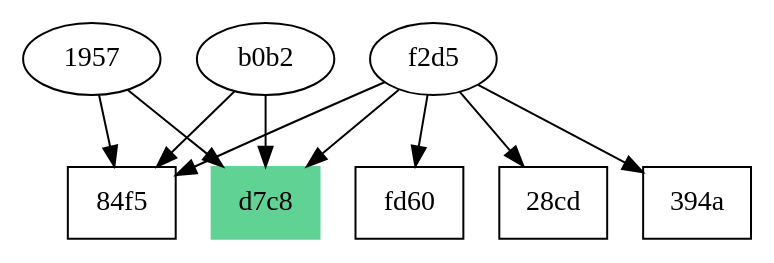
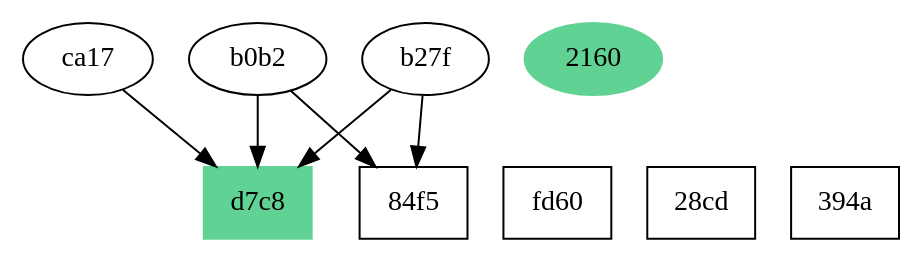
Before and after one commit to Suhail270/IPL-Data-Analysis: the diagram in DataAnalysis/also_likes_graph.dot, drawn with Graphviz. The commit also changed 4 other files, not shown here.

```diff
--- a/DataAnalysis/also_likes_graph.dot
+++ b/DataAnalysis/also_likes_graph.dot
@@ -1,41 +1,47 @@
 digraph {
-	"8b82e1a60343f2d5" -> doc
-	"8b82e1a60343f2d5" -> "130428213605-d16c4651f56248559b242f75ad4884f5"
-	"8b82e1a60343f2d5" -> "131204101549-619a95597b702aed1369d851c891fd60"
-	"8b82e1a60343f2d5" -> "130901012449-98b43cc6fd8e4d1ccbcac441b9fb28cd"
-	"8b82e1a60343f2d5" -> "130609171715-7c9c218afa6cb11f91babc13f6c8394a"
+	"042245bc06ccca17" -> doc
 	{
 		rank=same
-		doc [label=d7c8 color="#60d394" shape=box style=filled]
-		"130428213605-d16c4651f56248559b242f75ad4884f5" [label="84f5" shape=box]
 		"131204101549-619a95597b702aed1369d851c891fd60" [label=fd60 shape=box]
 		"130901012449-98b43cc6fd8e4d1ccbcac441b9fb28cd" [label="28cd" shape=box]
 		"130609171715-7c9c218afa6cb11f91babc13f6c8394a" [label="394a" shape=box]
+		"130428213605-d16c4651f56248559b242f75ad4884f5" [label="84f5" shape=box]
+		doc [label=d7c8 color="#60d394" shape=box style=filled]
 	}
-	aaa4eaf77abab0b2 -> doc
-	aaa4eaf77abab0b2 -> "130428213605-d16c4651f56248559b242f75ad4884f5"
+	"6206d63a841bb27f" -> "130428213605-d16c4651f56248559b242f75ad4884f5"
+	"6206d63a841bb27f" -> doc
 	{
 		rank=same
-		doc [label=d7c8 color="#60d394" shape=box style=filled]
-		"130428213605-d16c4651f56248559b242f75ad4884f5" [label="84f5" shape=box]
 		"131204101549-619a95597b702aed1369d851c891fd60" [label=fd60 shape=box]
 		"130901012449-98b43cc6fd8e4d1ccbcac441b9fb28cd" [label="28cd" shape=box]
 		"130609171715-7c9c218afa6cb11f91babc13f6c8394a" [label="394a" shape=box]
+		"130428213605-d16c4651f56248559b242f75ad4884f5" [label="84f5" shape=box]
+		doc [label=d7c8 color="#60d394" shape=box style=filled]
 	}
-	"823babba91f61957" -> doc
-	"823babba91f61957" -> "130428213605-d16c4651f56248559b242f75ad4884f5"
+	aaa4eaf77abab0b2 -> "130428213605-d16c4651f56248559b242f75ad4884f5"
+	aaa4eaf77abab0b2 -> doc
 	{
 		rank=same
-		doc [label=d7c8 color="#60d394" shape=box style=filled]
-		"130428213605-d16c4651f56248559b242f75ad4884f5" [label="84f5" shape=box]
 		"131204101549-619a95597b702aed1369d851c891fd60" [label=fd60 shape=box]
 		"130901012449-98b43cc6fd8e4d1ccbcac441b9fb28cd" [label="28cd" shape=box]
 		"130609171715-7c9c218afa6cb11f91babc13f6c8394a" [label="394a" shape=box]
+		"130428213605-d16c4651f56248559b242f75ad4884f5" [label="84f5" shape=box]
+		doc [label=d7c8 color="#60d394" shape=box style=filled]
 	}
 	{
 		rank=same
-		"8b82e1a60343f2d5" [label=f2d5]
+		"131204101549-619a95597b702aed1369d851c891fd60" [label=fd60 shape=box]
+		"130901012449-98b43cc6fd8e4d1ccbcac441b9fb28cd" [label="28cd" shape=box]
+		"130609171715-7c9c218afa6cb11f91babc13f6c8394a" [label="394a" shape=box]
+		"130428213605-d16c4651f56248559b242f75ad4884f5" [label="84f5" shape=box]
+		doc [label=d7c8 color="#60d394" shape=box style=filled]
+	}
+	{
+		rank=same
+		c69ad2d71e562160 [label=2160 color="#60d394" style=filled]
+		"042245bc06ccca17" [label=ca17]
+		"6206d63a841bb27f" [label=b27f]
 		aaa4eaf77abab0b2 [label=b0b2]
-		"823babba91f61957" [label=1957]
+		c69ad2d71e562160 [label=2160 color="#60d394" style=filled]
 	}
 }
```
